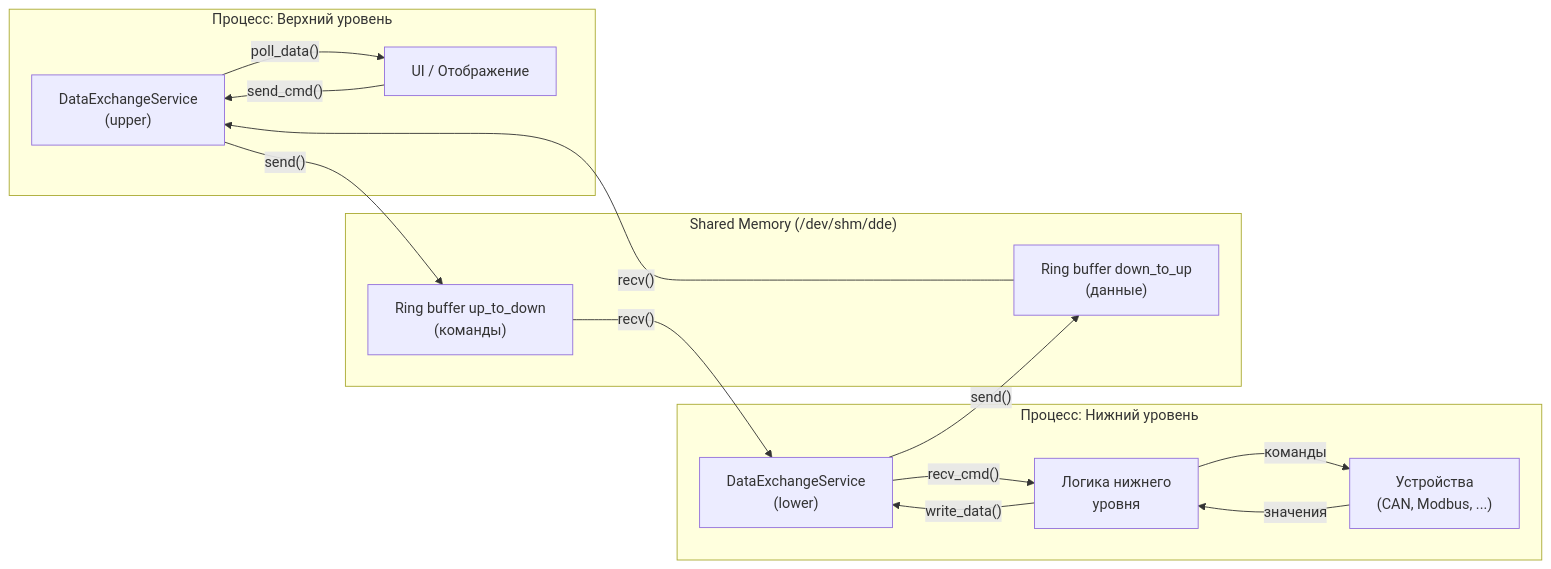
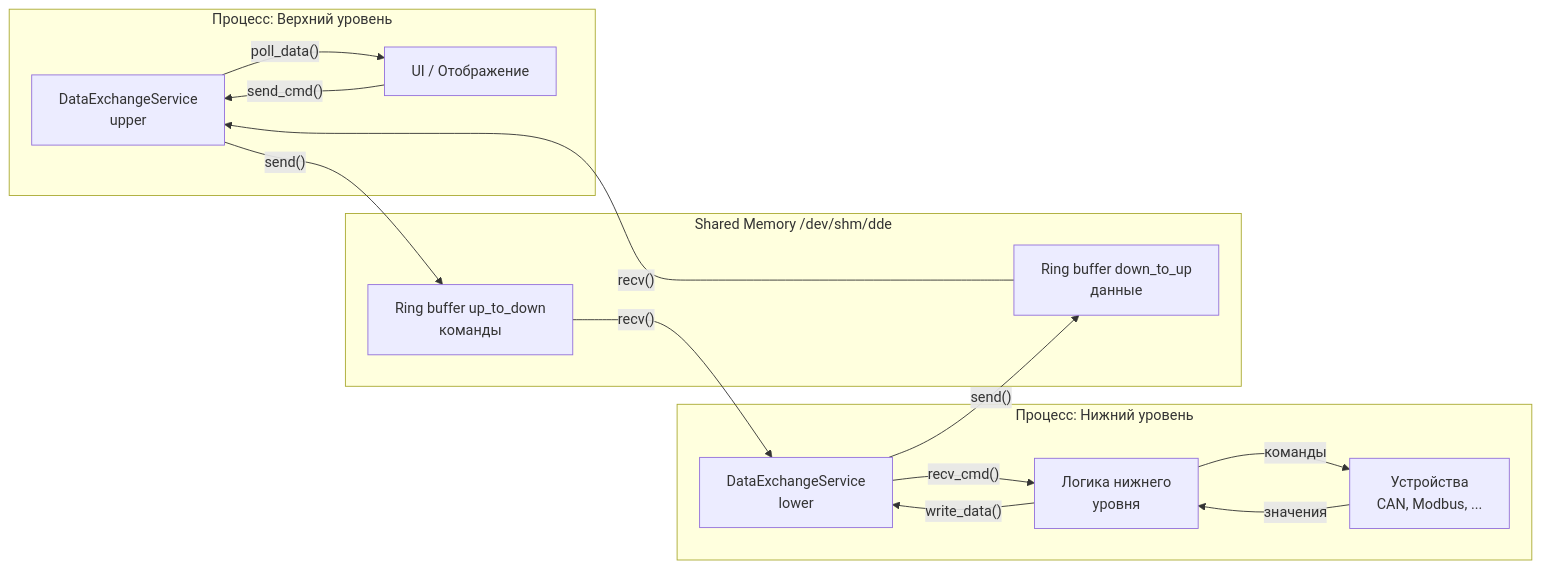
One commit to AShvabskij/DDE-Lib changed the first of 2 diagrams in README.md. Above: the diagram before and after it, drawn with Mermaid.

Commit message:
modified:   README.md

````diff
--- a/README.md
+++ b/README.md
@@ -56,32 +56,30 @@
 ```mermaid
 flowchart LR
     subgraph P_UPPER["Процесс: Верхний уровень"]
-        DES_U["DataExchangeService<br/>(upper)"]
+        DES_U["DataExchangeService<br/>upper"]
         APP_U["UI / Отображение"]
     end
 
     subgraph P_LOWER["Процесс: Нижний уровень"]
-        DEV["Устройства<br/>(CAN, Modbus, ...)"]
+        DEV["Устройства<br/>CAN, Modbus, ..."]
         APP_L["Логика нижнего<br/>уровня"]
-        DES_L["DataExchangeService<br/>(lower)"]
+        DES_L["DataExchangeService<br/>lower"]
     end
 
-    subgraph SHM["Shared Memory (/dev/shm/dde)"]
-        R1["Ring buffer up_to_down<br/>(команды)"]
-        R2["Ring buffer down_to_up<br/>(данные)"]
+    subgraph SHM["Shared Memory /dev/shm/dde"]
+        R1["Ring buffer up_to_down<br/>команды"]
+        R2["Ring buffer down_to_up<br/>данные"]
     end
-
 
     DEV -- "значения" --> APP_L
     APP_L -- "write_data()" --> DES_L
     DES_L -- "send()" --> R2
     R2 -- "recv()" --> DES_U
     DES_U -- "poll_data()" --> APP_U
 
     APP_U -- "send_cmd()" --> DES_U
     DES_U -- "send()" --> R1
     R1 -- "recv()" --> DES_L
     DES_L -- "recv_cmd()" --> APP_L
     APP_L -- "команды" --> DEV
-
 ```
````
